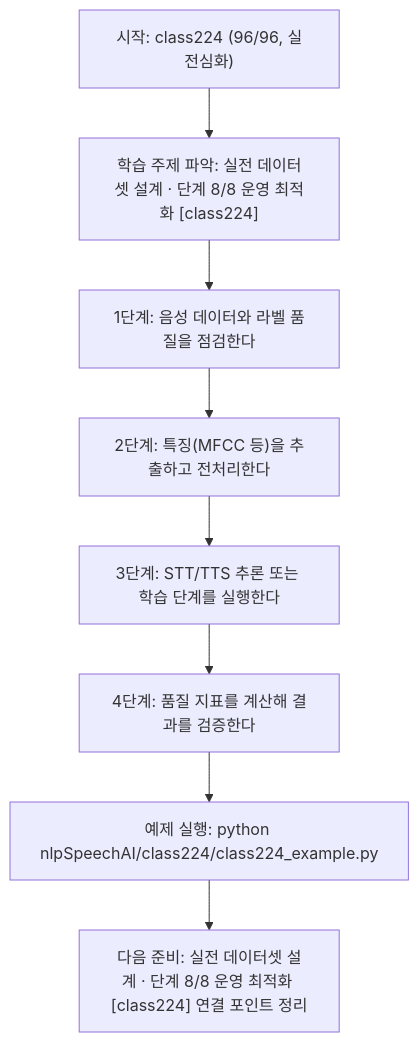
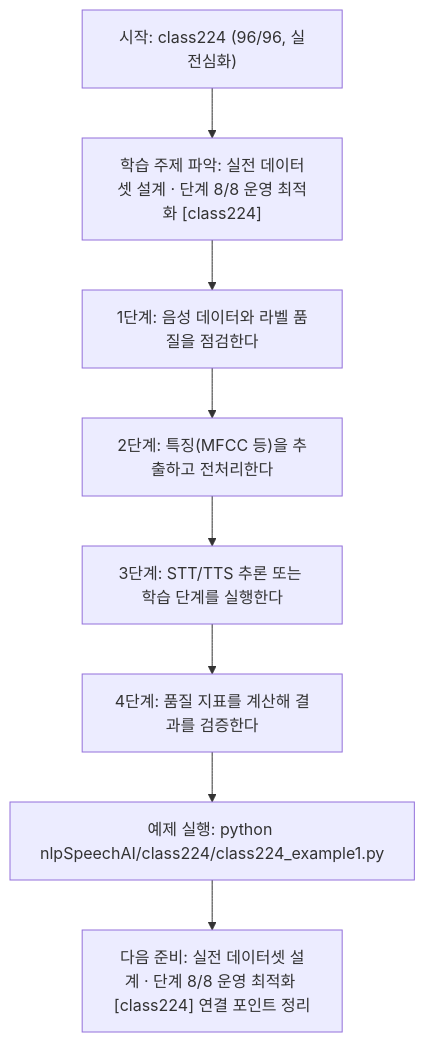
Before and after one commit to edumgt/Python-AI_Agent-Class: the diagram in nlpSpeechAI/class224/class224.md, drawn with Mermaid. The commit also changed other lines of this file and 2959 other files, not shown here.

````diff
--- a/nlpSpeechAI/class224/class224.md
+++ b/nlpSpeechAI/class224/class224.md
@@ -114,18 +114,18 @@
 ```mermaid
 flowchart TD
 N1["시작: class224 (96/96, 실전심화)"]
 N2["학습 주제 파악: 실전 데이터셋 설계 · 단계 8/8 운영 최적화 [class224]"]
 N3["1단계: 음성 데이터와 라벨 품질을 점검한다"]
 N4["2단계: 특징(MFCC 등)을 추출하고 전처리한다"]
 N5["3단계: STT/TTS 추론 또는 학습 단계를 실행한다"]
 N6["4단계: 품질 지표를 계산해 결과를 검증한다"]
-N7["예제 실행: python nlpSpeechAI/class224/class224_example.py"]
+N7["예제 실행: python nlpSpeechAI/class224/class224_example1.py"]
 N8["다음 준비: 실전 데이터셋 설계 · 단계 8/8 운영 최적화 [class224] 연결 포인트 정리"]
 N1 --> N2
 N2 --> N3
 N3 --> N4
 N4 --> N5
 N5 --> N6
 N6 --> N7
 N7 --> N8
 ```
````
